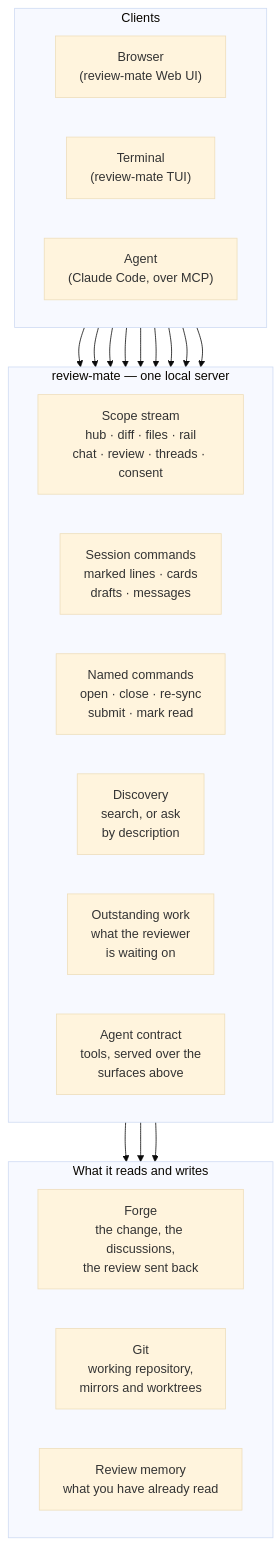
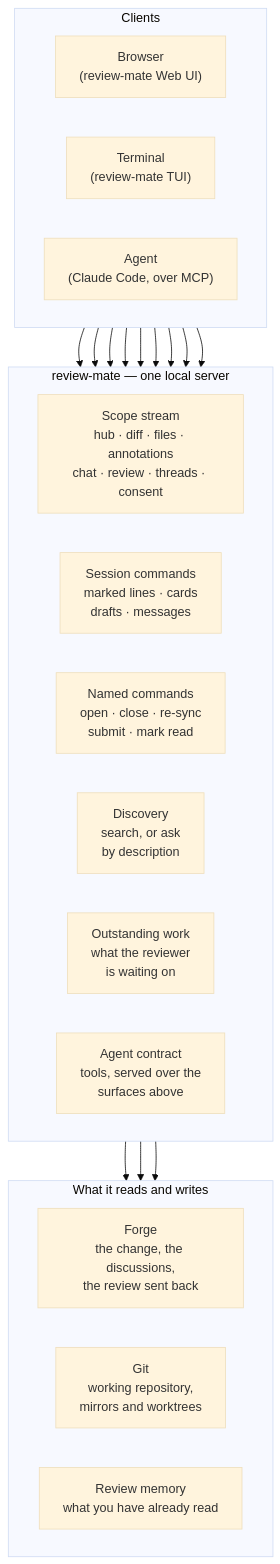
Before and after one commit to Joacchim/review-mate-prototype: the first of 3 diagrams in docs/architecture.md, drawn with Mermaid (base theme). The commit also changed other lines of this file and 46 other files, not shown here.

````diff
--- a/docs/architecture.md
+++ b/docs/architecture.md
@@ -12,40 +12,40 @@
 ```mermaid
 flowchart TB
     subgraph clients["Clients"]
         direction LR
         W["Browser<br/>(review-mate Web UI)"]
         T["Terminal<br/>(review-mate TUI)"]
         A["Agent<br/>(Claude Code, over MCP)"]
     end
 
     subgraph server["review-mate — one local server"]
         direction LR
-        SCOPE["Scope stream<br/>hub · diff · files · rail<br/>chat · review · threads · consent"]
+        SCOPE["Scope stream<br/>hub · diff · files · annotations<br/>chat · review · threads · consent"]
         SESS["Session commands<br/>marked lines · cards<br/>drafts · messages"]
         NAMED["Named commands<br/>open · close · re-sync<br/>submit · mark read"]
         FIND["Discovery<br/>search, or ask<br/>by description"]
         ASKS["Outstanding work<br/>what the reviewer<br/>is waiting on"]
         AGENT["Agent contract<br/>tools, served over the<br/>surfaces above"]
     end
 
     subgraph out["What it reads and writes"]
         direction LR
         G["Forge<br/>the change, the discussions,<br/>the review sent back"]
         R["Git<br/>working repository,<br/>mirrors and worktrees"]
         M["Review memory<br/>what you have already read"]
     end
 
     W --> SCOPE
     T --> SCOPE
     W --> SESS
     T --> SESS
     W --> NAMED
     T --> NAMED
     W --> FIND
     A --> ASKS
     A --> AGENT
 
     server --> G
     server --> R
     server --> M
 ```
````
